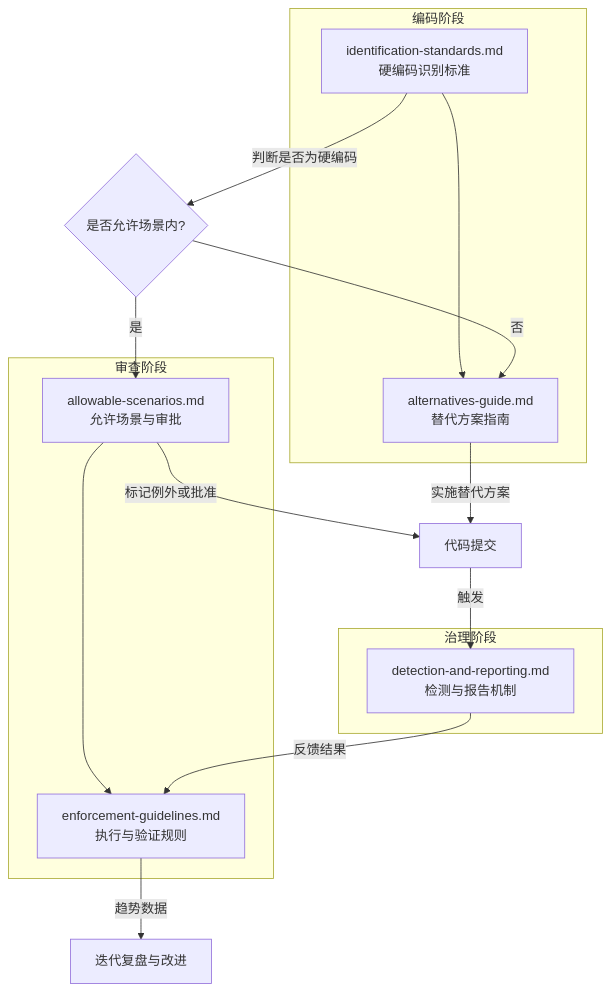
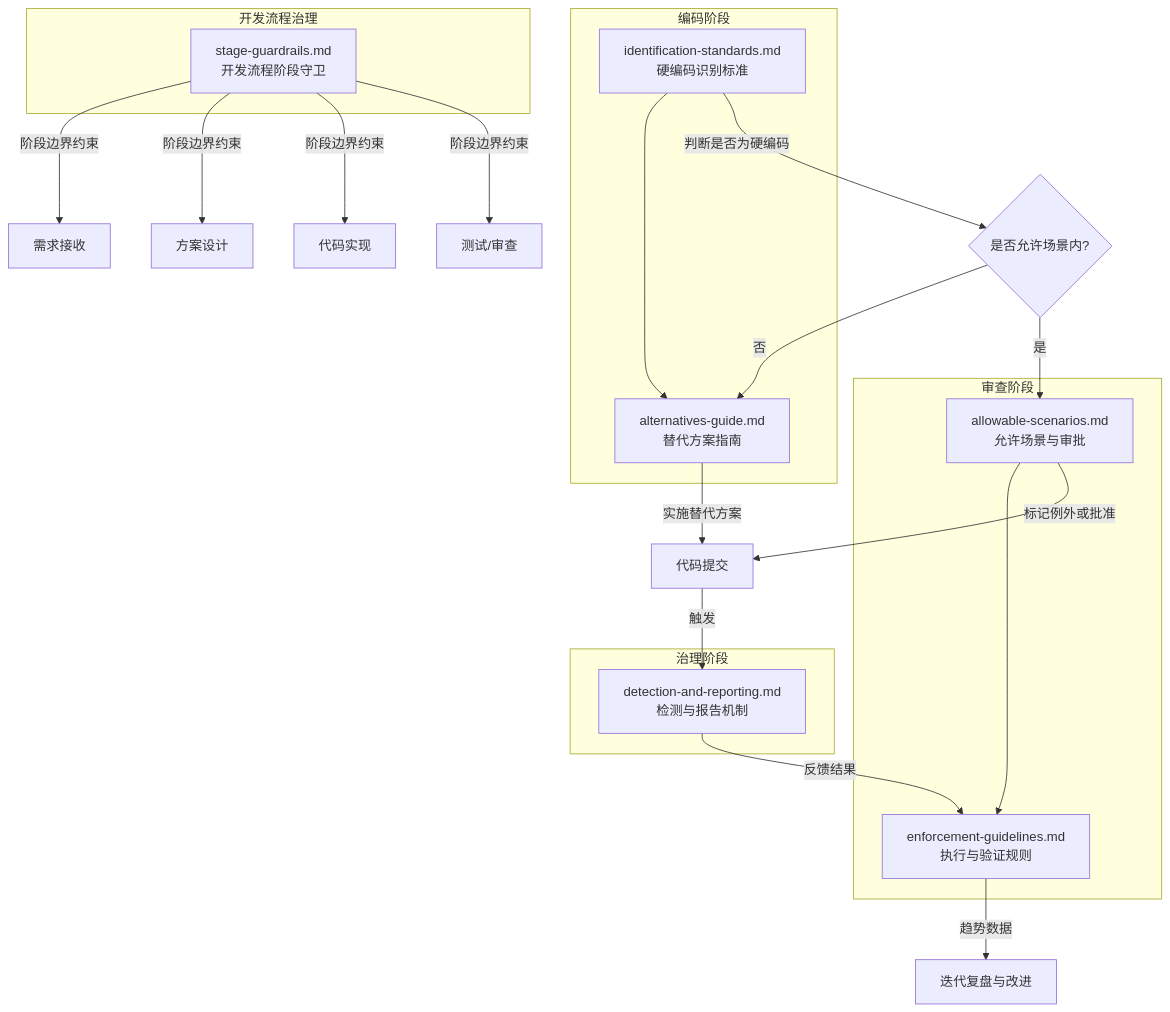
One commit to xinetzone/SpecWeave changed the first of 4 diagrams in .agents/rules/README.md. Above: the diagram before and after it, drawn with Mermaid. The commit also changed other lines of this file and 15 other files, not shown here.

````diff
--- a/.agents/rules/README.md
+++ b/.agents/rules/README.md
@@ -7,20 +7,27 @@
 ```mermaid
 flowchart TD
+    subgraph FLOW ["开发流程治理"]
+        SG["stage-guardrails.md<br/>开发流程阶段守卫"]
+    end
     subgraph DEV ["编码阶段"]
         A["identification-standards.md<br/>硬编码识别标准"] --> B["alternatives-guide.md<br/>替代方案指南"]
     end
     subgraph REVIEW ["审查阶段"]
         C["allowable-scenarios.md<br/>允许场景与审批"] --> D["enforcement-guidelines.md<br/>执行与验证规则"]
     end
     subgraph GOV ["治理阶段"]
         E["detection-and-reporting.md<br/>检测与报告机制"]
     end
+    SG --> |"阶段边界约束"| F1["需求接收"]
+    SG --> |"阶段边界约束"| F2["方案设计"]
+    SG --> |"阶段边界约束"| F3["代码实现"]
+    SG --> |"阶段边界约束"| F4["测试/审查"]
     A --> |"判断是否为硬编码"| F{"是否允许场景内?"}
     F --> |"是"| C
     F --> |"否"| B
     B --> |"实施替代方案"| G["代码提交"]
     C --> |"标记例外或批准"| G
     G --> |"触发"| E
     E --> |"反馈结果"| D
     D --> |"趋势数据"| H["迭代复盘与改进"]
 ```
````
